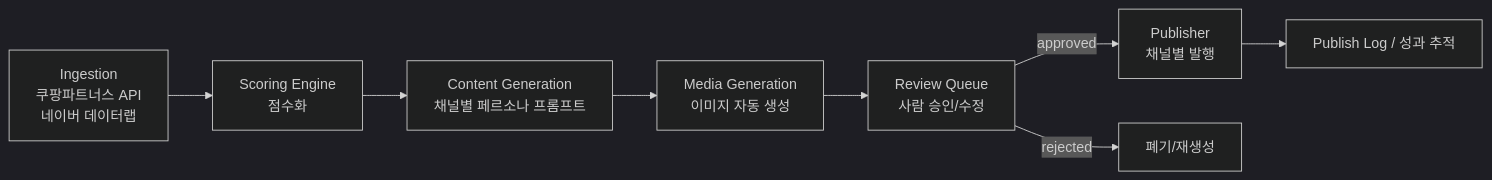
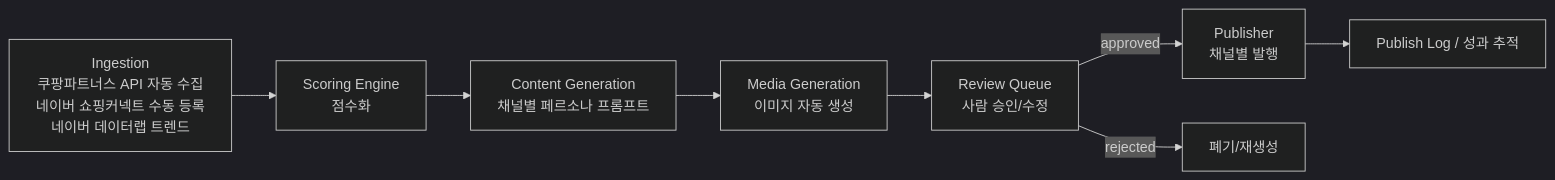
One commit to NAMSOO-KIM/auto-cpna changed the diagram in README.md. Above: the diagram before and after it, drawn with Mermaid (dark theme). The commit also changed other lines of this file and 11 other files, not shown here.

````diff
--- a/README.md
+++ b/README.md
@@ -9,10 +18,10 @@
 ```mermaid
 flowchart LR
-    A[Ingestion\n쿠팡파트너스 API\n네이버 데이터랩] --> B[Scoring Engine\n점수화]
+    A[Ingestion\n쿠팡파트너스 API 자동 수집\n네이버 쇼핑커넥트 수동 등록\n네이버 데이터랩 트렌드] --> B[Scoring Engine\n점수화]
     B --> C[Content Generation\n채널별 페르소나 프롬프트]
     C --> D[Media Generation\n이미지 자동 생성]
     D --> E[Review Queue\n사람 승인/수정]
     E -->|approved| F[Publisher\n채널별 발행]
     E -->|rejected| G[폐기/재생성]
     F --> H[Publish Log / 성과 추적]
 ```
````
